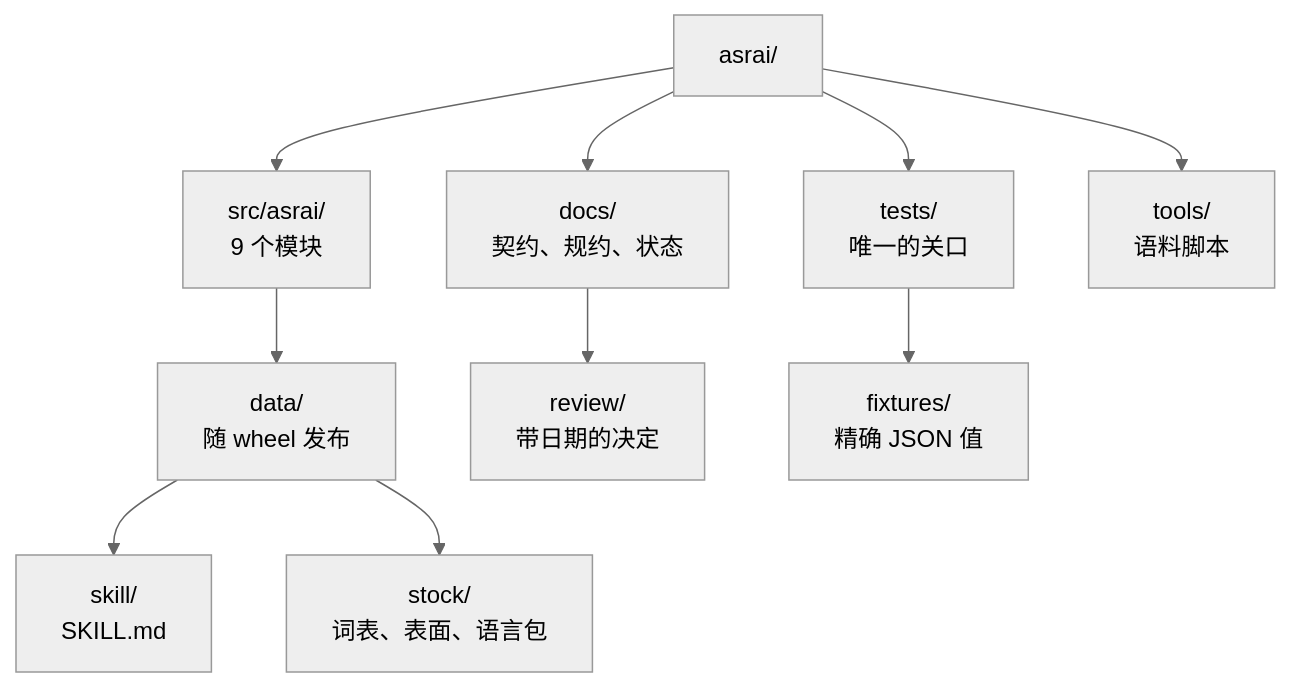
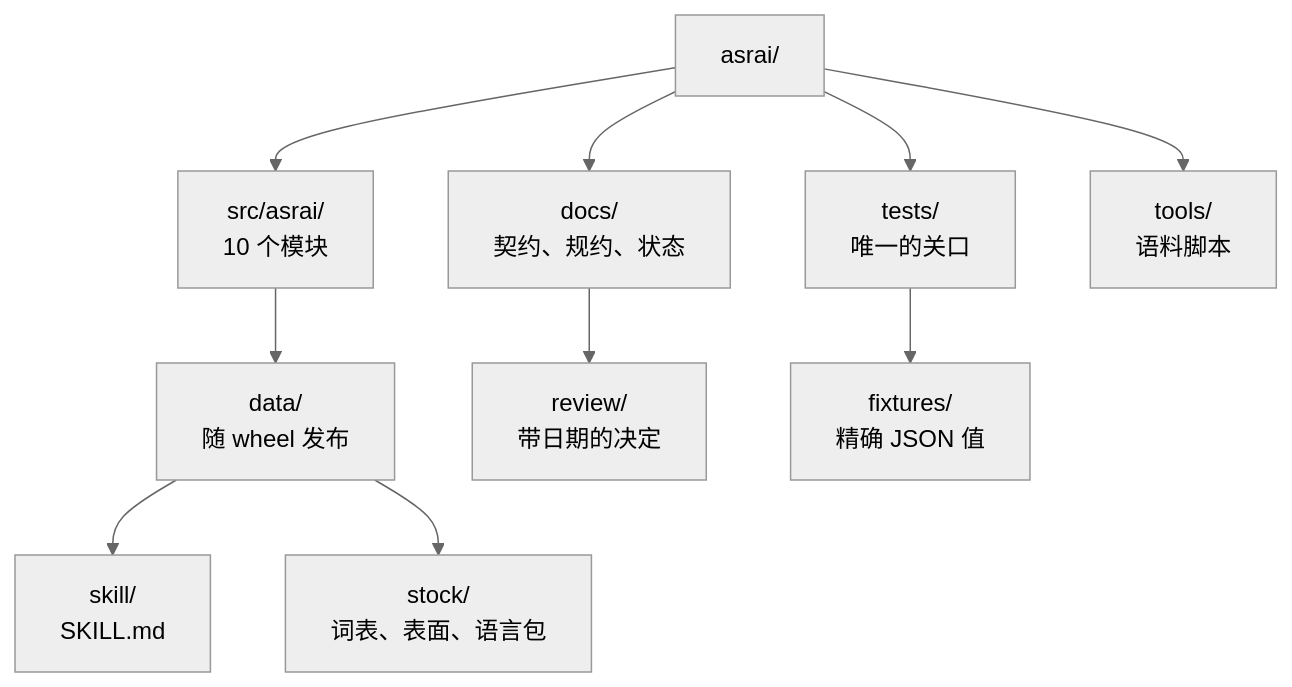
Before and after one commit to Stdev17/asrai: the diagram in docs/i18n/zh-Hans/README.md, drawn with Mermaid (neutral theme). The commit also changed other lines of this file and 9 other files, not shown here.

````diff
--- a/docs/i18n/zh-Hans/README.md
+++ b/docs/i18n/zh-Hans/README.md
@@ -73,8 +73,8 @@
 ```mermaid
 flowchart TD
-    ROOT["asrai/"] --> SRC["src/asrai/<br/>9 个模块"] & DOCS["docs/<br/>契约、规约、状态"] & TESTS["tests/<br/>唯一的关口"] & TOOLS["tools/<br/>语料脚本"]
+    ROOT["asrai/"] --> SRC["src/asrai/<br/>10 个模块"] & DOCS["docs/<br/>契约、规约、状态"] & TESTS["tests/<br/>唯一的关口"] & TOOLS["tools/<br/>语料脚本"]
     SRC --> DATA["data/<br/>随 wheel 发布"]
     DATA --> SKILL["skill/<br/>SKILL.md"] & STOCK["stock/<br/>词表、表面、语言包"]
     DOCS --> REVIEW["review/<br/>带日期的决定"]
     TESTS --> FIX["fixtures/<br/>精确 JSON 值"]
 ```
````
